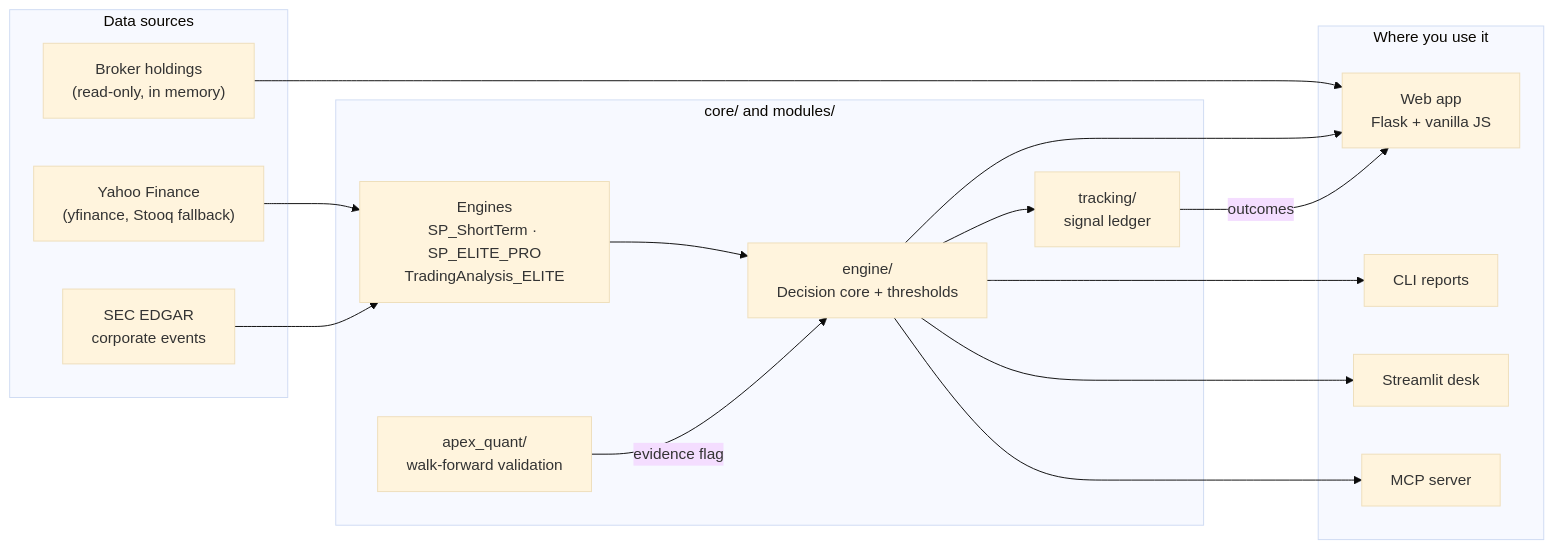
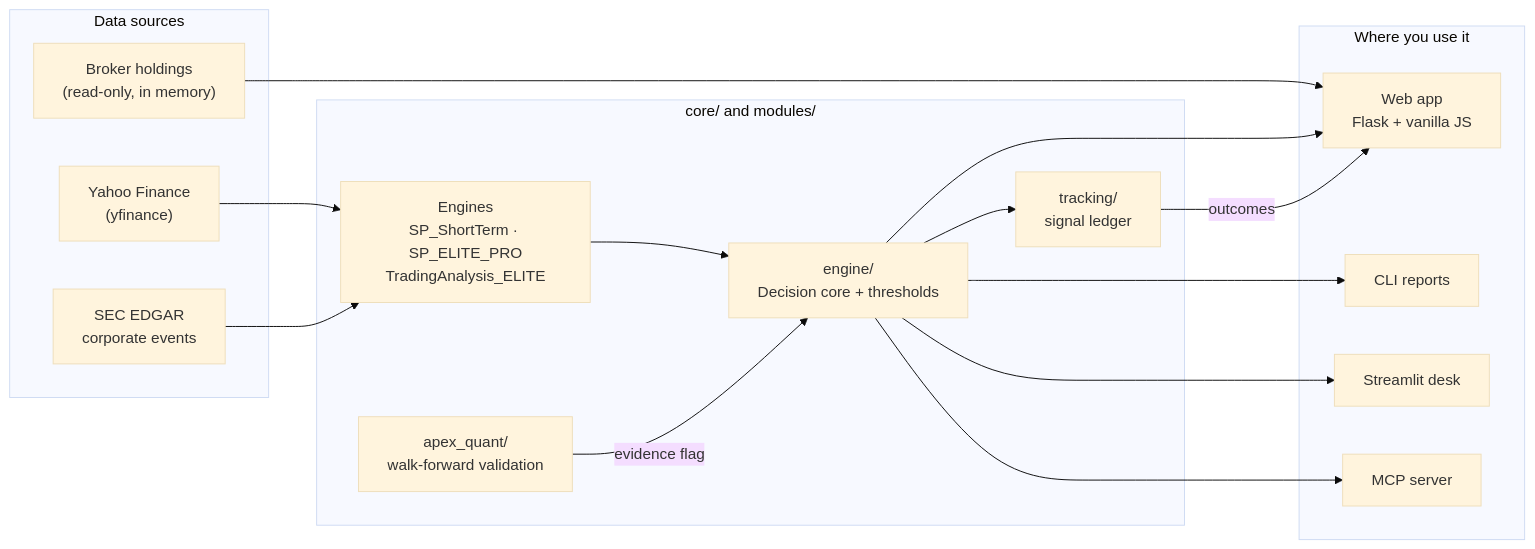
Before and after one commit to AtreshSoma/quanta-equity-research: the first of 4 diagrams in README.md, drawn with Mermaid (base theme). The commit also changed other lines of this file and 2 other files, not shown here.

First line of the commit message:
Gateway: report Stooq's browser-check page as a refusal

````diff
--- a/README.md
+++ b/README.md
@@ -57,34 +57,34 @@
 ```mermaid
 flowchart LR
     subgraph Sources["Data sources"]
-        YF["Yahoo Finance<br/>(yfinance, Stooq fallback)"]
+        YF["Yahoo Finance<br/>(yfinance)"]
         SEC["SEC EDGAR<br/>corporate events"]
         RH["Broker holdings<br/>(read-only, in memory)"]
     end
 
     subgraph Core["core/ and modules/"]
         ENG["Engines<br/>SP_ShortTerm · SP_ELITE_PRO<br/>TradingAnalysis_ELITE"]
         DEC["engine/<br/>Decision core + thresholds"]
         VAL["apex_quant/<br/>walk-forward validation"]
         TRK["tracking/<br/>signal ledger"]
     end
 
     subgraph Surfaces["Where you use it"]
         WEB["Web app<br/>Flask + vanilla JS"]
         CLI["CLI reports"]
         ST["Streamlit desk"]
         MCP["MCP server"]
     end
 
     YF --> ENG
     SEC --> ENG
     RH --> WEB
     ENG --> DEC
     VAL -- "evidence flag" --> DEC
     DEC --> WEB
     DEC --> CLI
     DEC --> ST
     DEC --> MCP
     DEC --> TRK
     TRK -- "outcomes" --> WEB
 ```
````
